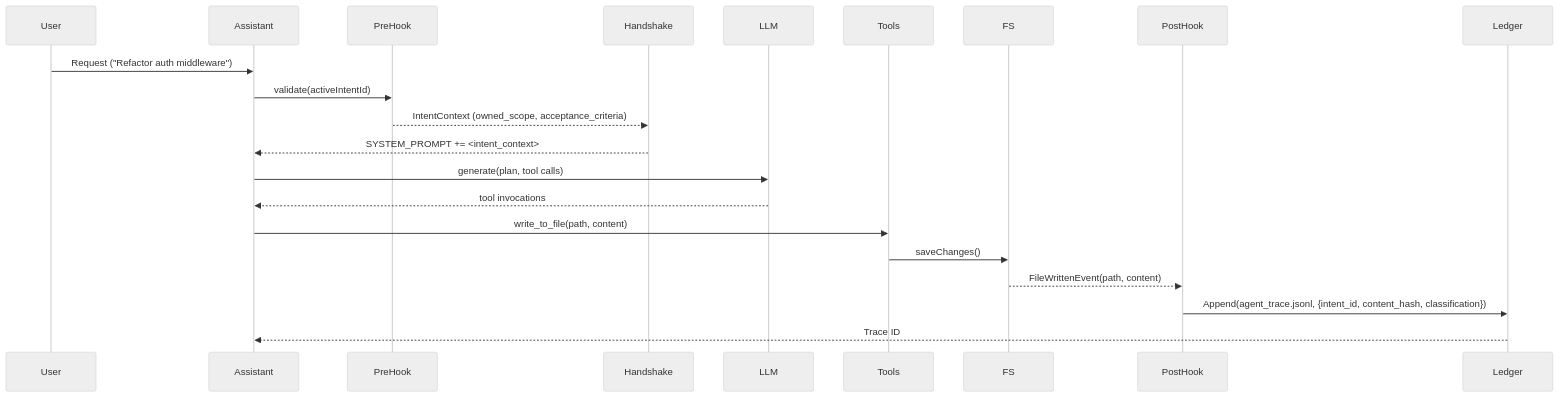
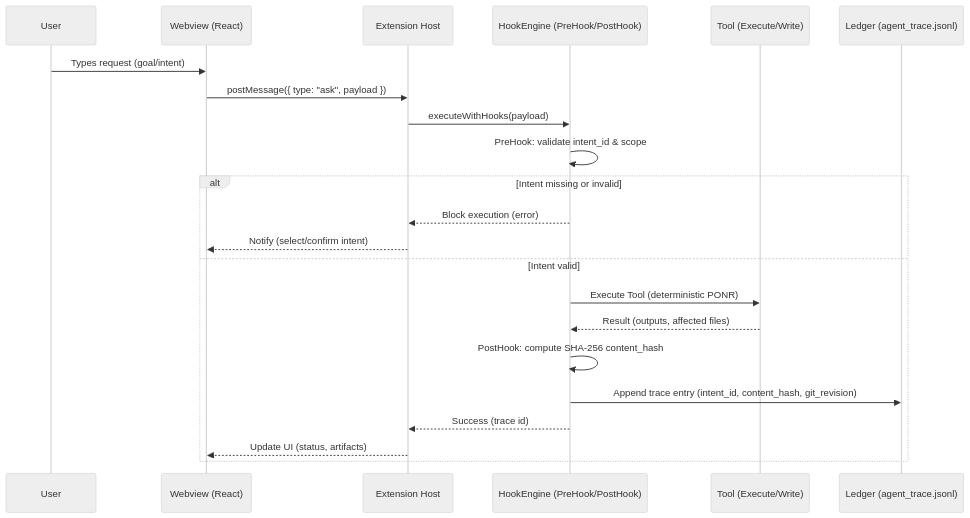
The diagram in diagrams/sequence.mmd (RooCodeInc/Roo-Code), drawn with Mermaid (neutral theme) before and after one commit. The commit also changed 4 other files, not shown here.

Commit message:
docs(diagrams): align sequence + ledger to deterministic flow; hooks(posthook): add git_revision; types: extend AgentTrace (#15)

```diff
--- a/diagrams/sequence.mmd
+++ b/diagrams/sequence.mmd
@@ -1,23 +1,26 @@
-%% Mermaid Sequence Diagram: Tool execution flow with hooks
+%% Mermaid Sequence Diagram: Deterministic execution with governance hooks
 sequenceDiagram
-  participant User
-  participant Assistant
-  participant PreHook
-  participant Handshake
-  participant LLM
-  participant Tools
-  participant FS
-  participant PostHook
-  participant Ledger
+  participant U as User
+  participant W as Webview (React)
+  participant E as Extension Host
+  participant H as HookEngine (PreHook/PostHook)
+  participant T as Tool (Execute/Write)
+  participant L as Ledger (agent_trace.jsonl)
 
-  User->>Assistant: Request ("Refactor auth middleware")
-  Assistant->>PreHook: validate(activeIntentId)
-  PreHook-->>Handshake: IntentContext (owned_scope, acceptance_criteria)
-  Handshake-->>Assistant: SYSTEM_PROMPT += <intent_context>
-  Assistant->>LLM: generate(plan, tool calls)
-  LLM-->>Assistant: tool invocations
-  Assistant->>Tools: write_to_file(path, content)
-  Tools->>FS: saveChanges()
-  FS-->>PostHook: FileWrittenEvent(path, content)
-  PostHook->>Ledger: Append(agent_trace.jsonl, {intent_id, content_hash, classification})
-  Ledger-->>Assistant: Trace ID
+  U->>W: Types request (goal/intent)
+  W->>E: postMessage({ type: "ask", payload })
+  E->>H: executeWithHooks(payload)
+
+  H->>H: PreHook: validate intent_id & scope
+
+  alt Intent missing or invalid
+    H-->>E: Block execution (error)
+    E-->>W: Notify (select/confirm intent)
+  else Intent valid
+    H->>T: Execute Tool (deterministic PONR)
+    T-->>H: Result (outputs, affected files)
+    H->>H: PostHook: compute SHA-256 content_hash
+    H->>L: Append trace entry (intent_id, content_hash, git_revision)
+    H-->>E: Success (trace id)
+    E-->>W: Update UI (status, artifacts)
+  end
```
